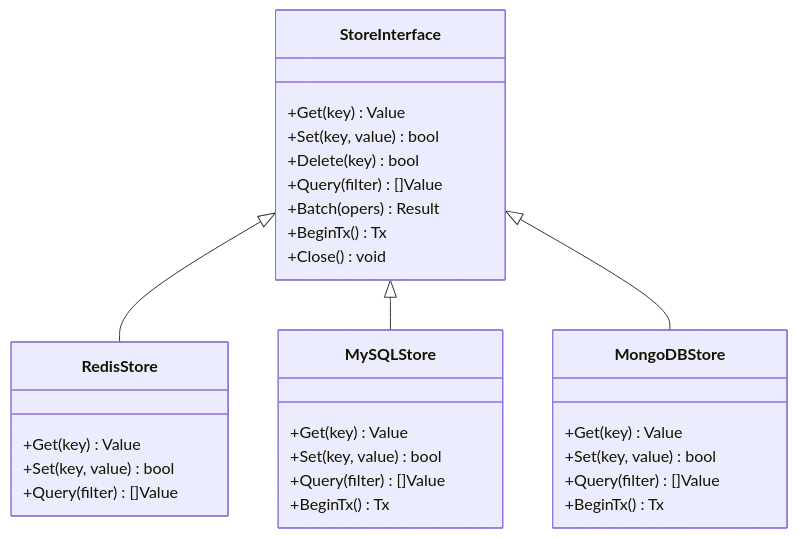
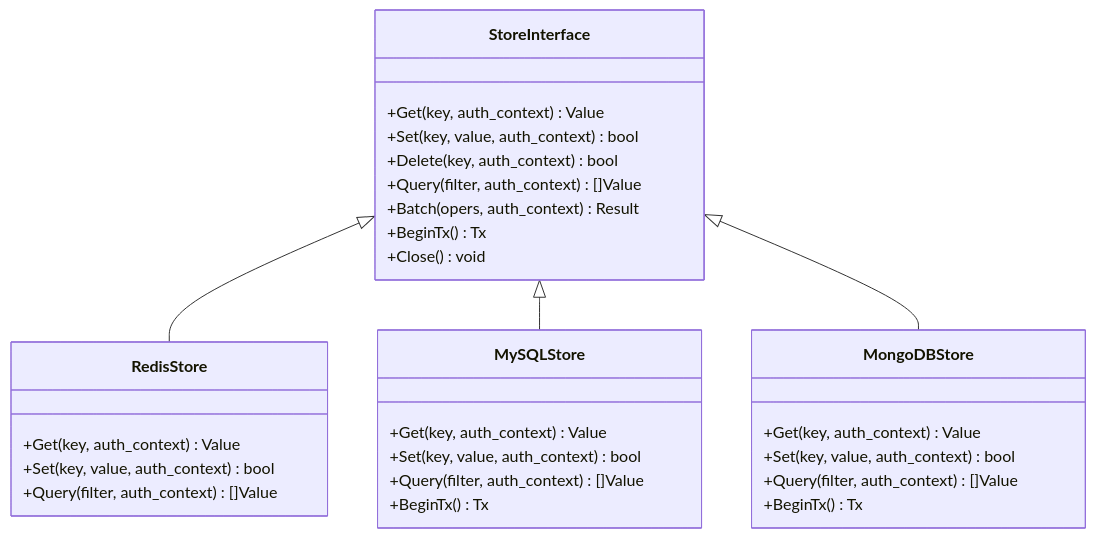
Before and after one commit to lgx236/CNAA-Cloud-Native-Agent-Architecture-: the third of 8 diagrams in .qoder/repowiki/zh/content/集成指南/存储后端.md, drawn with Mermaid. The commit also changed other lines of this file and 98 other files, not shown here.

Commit message:
feat: Add cloud-local distributed architecture configuration & deployment docs

````diff
--- a/.qoder/repowiki/zh/content/集成指南/存储后端.md
+++ b/.qoder/repowiki/zh/content/集成指南/存储后端.md
@@ -93,32 +117,32 @@
 ```mermaid
 classDiagram
 class StoreInterface {
-+Get(key) Value
-+Set(key, value) bool
-+Delete(key) bool
-+Query(filter) []Value
-+Batch(opers) Result
++Get(key, auth_context) Value
++Set(key, value, auth_context) bool
++Delete(key, auth_context) bool
++Query(filter, auth_context) []Value
++Batch(opers, auth_context) Result
 +BeginTx() Tx
 +Close() void
 }
 class RedisStore {
-+Get(key) Value
-+Set(key, value) bool
-+Query(filter) []Value
++Get(key, auth_context) Value
++Set(key, value, auth_context) bool
++Query(filter, auth_context) []Value
 }
 class MySQLStore {
-+Get(key) Value
-+Set(key, value) bool
-+Query(filter) []Value
++Get(key, auth_context) Value
++Set(key, value, auth_context) bool
++Query(filter, auth_context) []Value
 +BeginTx() Tx
 }
 class MongoDBStore {
-+Get(key) Value
-+Set(key, value) bool
-+Query(filter) []Value
++Get(key, auth_context) Value
++Set(key, value, auth_context) bool
++Query(filter, auth_context) []Value
 +BeginTx() Tx
 }
 StoreInterface <|-- RedisStore
 StoreInterface <|-- MySQLStore
 StoreInterface <|-- MongoDBStore
 ```
````
